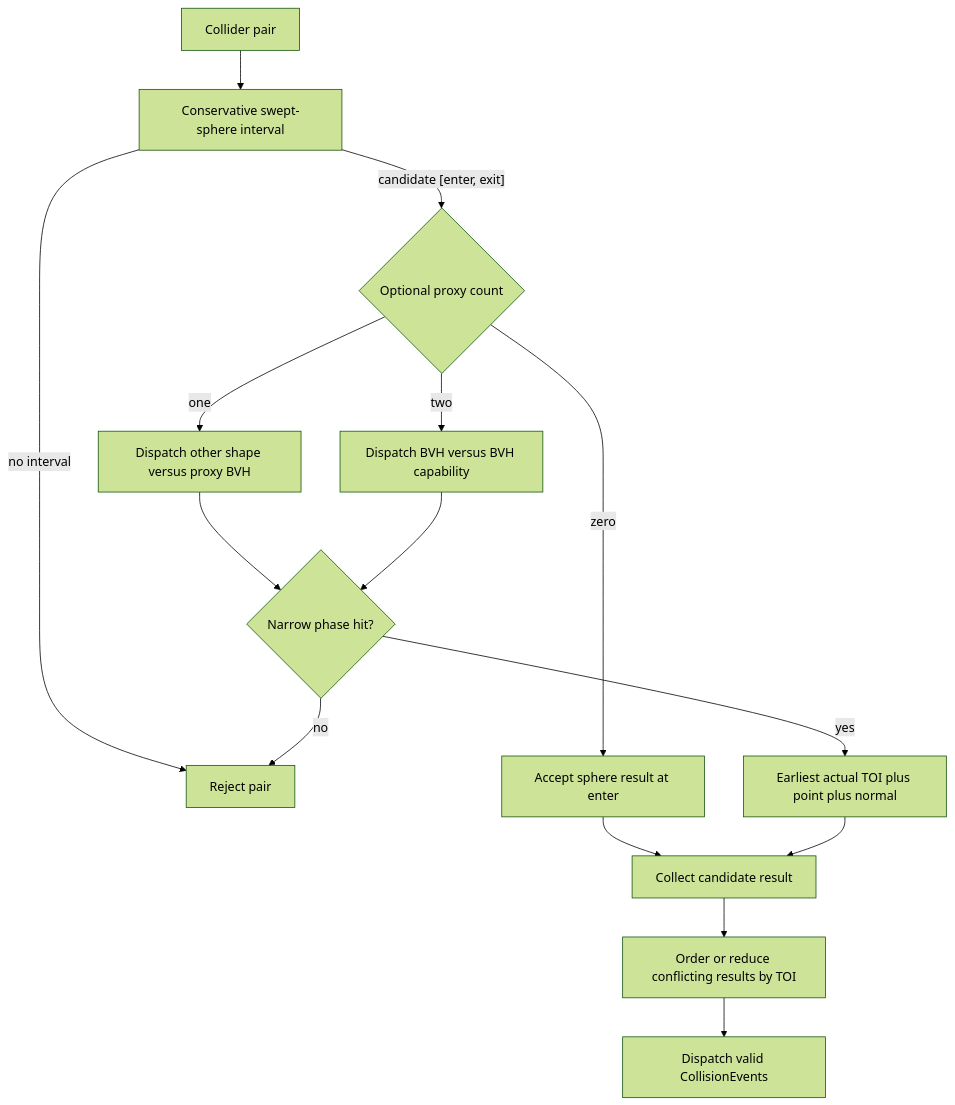
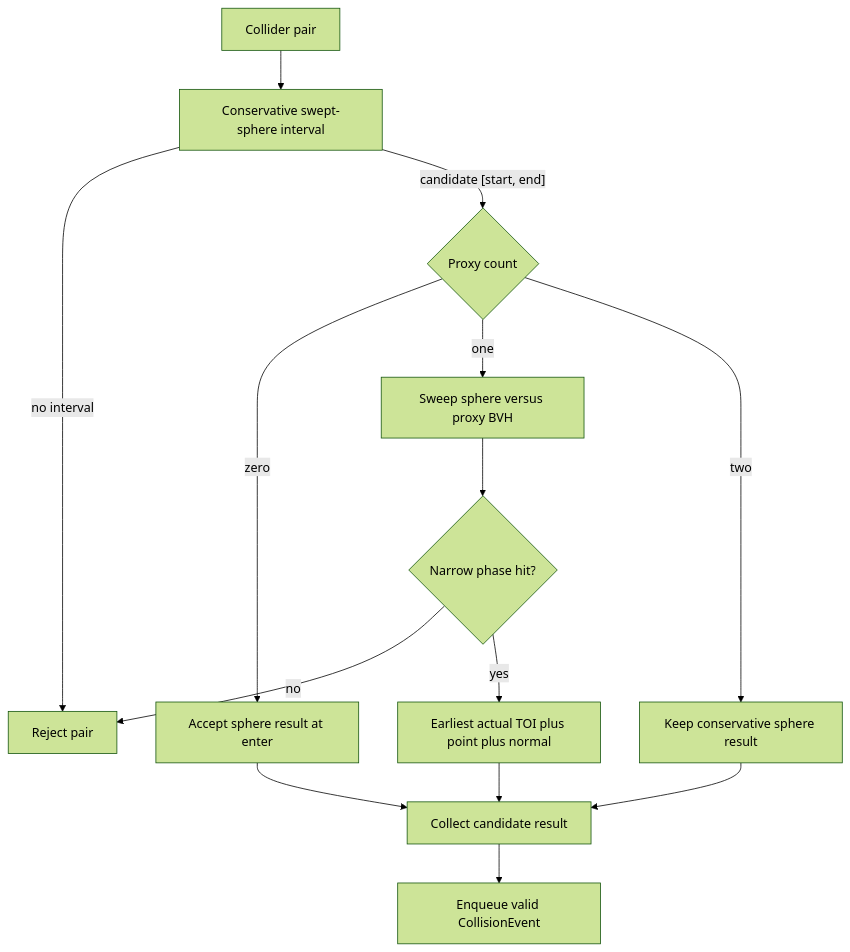
Before and after one commit to stanX19/ShootingGame3D: the second of 2 diagrams in docs/specs/bvh-collision-proxies.md, drawn with Mermaid (forest theme). The commit also changed other lines of this file and 2 other files, not shown here.

````diff
--- a/docs/specs/bvh-collision-proxies.md
+++ b/docs/specs/bvh-collision-proxies.md
@@ -106,17 +108,16 @@
 ```mermaid
 flowchart TD
     A["Collider pair"] --> B["Conservative swept-sphere interval"]
     B -->|"no interval"| C["Reject pair"]
-    B -->|"candidate [enter, exit]"| D{"Optional proxy count"}
+    B -->|"candidate [start, end]"| D{"Proxy count"}
     D -->|"zero"| E["Accept sphere result at enter"]
-    D -->|"one"| F["Dispatch other shape versus proxy BVH"]
-    D -->|"two"| G["Dispatch BVH versus BVH capability"]
+    D -->|"one"| F["Sweep sphere versus proxy BVH"]
+    D -->|"two"| G["Keep conservative sphere result"]
     F --> H{"Narrow phase hit?"}
-    G --> H
     H -->|"no"| C
     H -->|"yes"| I["Earliest actual TOI plus point plus normal"]
     E --> J["Collect candidate result"]
+    G --> J
     I --> J
-    J --> K["Order or reduce conflicting results by TOI"]
-    K --> L["Dispatch valid CollisionEvents"]
+    J --> K["Enqueue valid CollisionEvent"]
 ```
````
